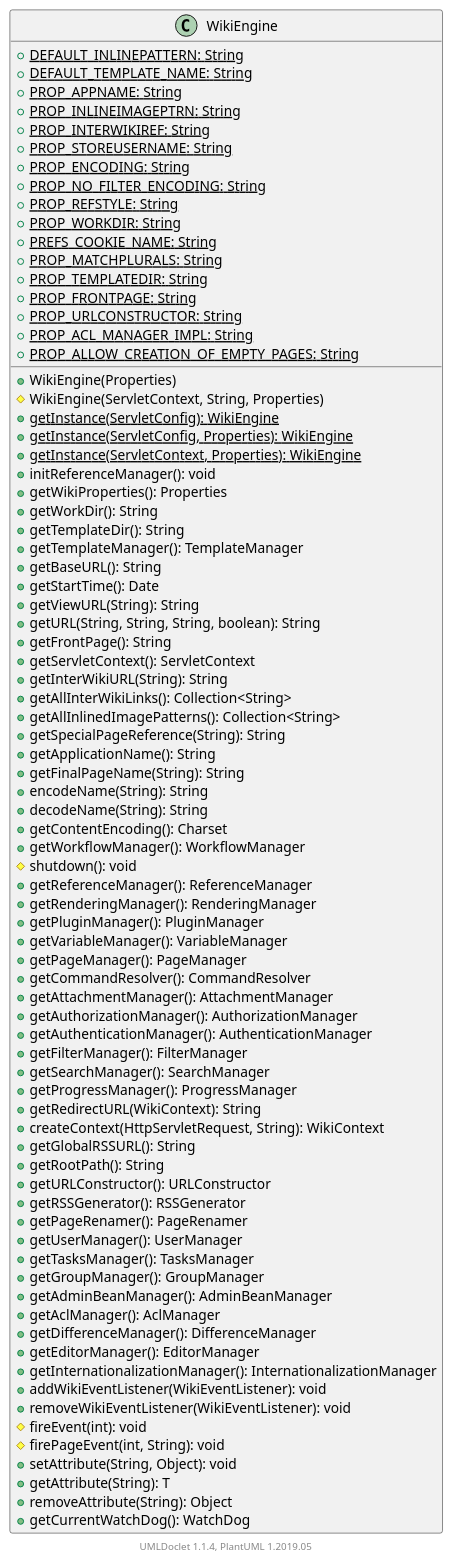
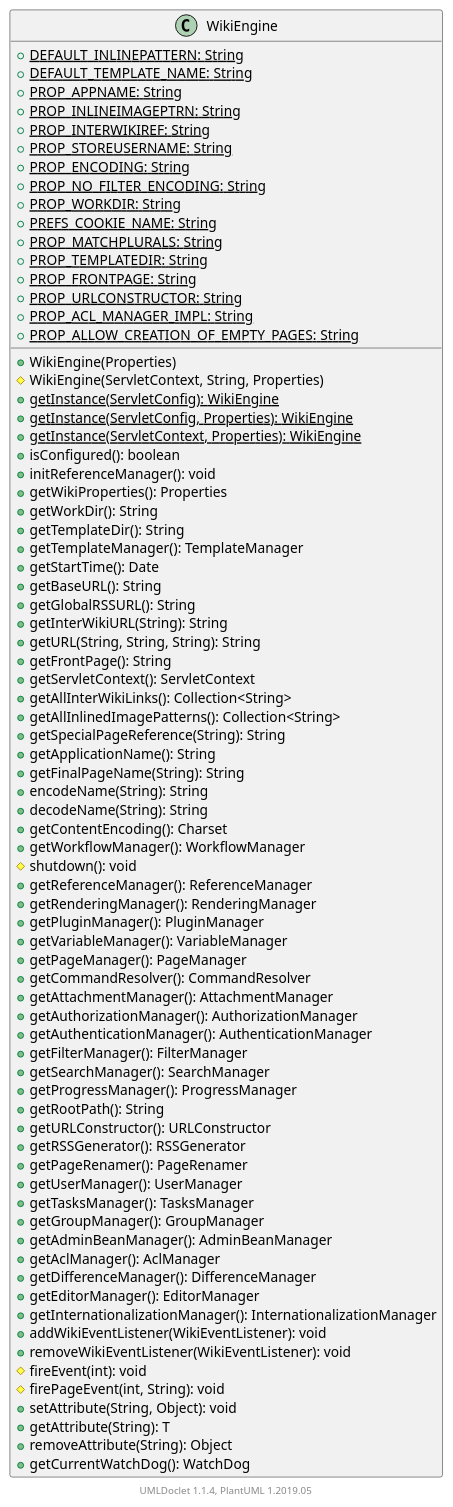
Before and after one commit to apache/jspwiki-site: the diagram in apidocs/2.11.0.M7-SNAPSHOT/org/apache/wiki/WikiEngine.puml, drawn with PlantUML. The commit also changed 1701 other files, not shown here.

```diff
--- a/apidocs/2.11.0.M7-SNAPSHOT/org/apache/wiki/WikiEngine.puml
+++ b/apidocs/2.11.0.M7-SNAPSHOT/org/apache/wiki/WikiEngine.puml
@@ -1,87 +1,84 @@
 @startuml
 
     class WikiEngine [[WikiEngine.html]] {
         {static} +DEFAULT_INLINEPATTERN: String
         {static} +DEFAULT_TEMPLATE_NAME: String
         {static} +PROP_APPNAME: String
         {static} +PROP_INLINEIMAGEPTRN: String
         {static} +PROP_INTERWIKIREF: String
         {static} +PROP_STOREUSERNAME: String
         {static} +PROP_ENCODING: String
         {static} +PROP_NO_FILTER_ENCODING: String
-        {static} +PROP_REFSTYLE: String
         {static} +PROP_WORKDIR: String
         {static} +PREFS_COOKIE_NAME: String
         {static} +PROP_MATCHPLURALS: String
         {static} +PROP_TEMPLATEDIR: String
         {static} +PROP_FRONTPAGE: String
         {static} +PROP_URLCONSTRUCTOR: String
         {static} +PROP_ACL_MANAGER_IMPL: String
         {static} +PROP_ALLOW_CREATION_OF_EMPTY_PAGES: String
         +WikiEngine(Properties)
         #WikiEngine(ServletContext, String, Properties)
         {static} +getInstance(ServletConfig): WikiEngine
         {static} +getInstance(ServletConfig, Properties): WikiEngine
         {static} +getInstance(ServletContext, Properties): WikiEngine
+        +isConfigured(): boolean
         +initReferenceManager(): void
         +getWikiProperties(): Properties
         +getWorkDir(): String
         +getTemplateDir(): String
         +getTemplateManager(): TemplateManager
+        +getStartTime(): Date
         +getBaseURL(): String
-        +getStartTime(): Date
-        +getViewURL(String): String
-        +getURL(String, String, String, boolean): String
+        +getGlobalRSSURL(): String
+        +getInterWikiURL(String): String
+        +getURL(String, String, String): String
         +getFrontPage(): String
         +getServletContext(): ServletContext
-        +getInterWikiURL(String): String
         +getAllInterWikiLinks(): Collection<String>
         +getAllInlinedImagePatterns(): Collection<String>
         +getSpecialPageReference(String): String
         +getApplicationName(): String
         +getFinalPageName(String): String
         +encodeName(String): String
         +decodeName(String): String
         +getContentEncoding(): Charset
         +getWorkflowManager(): WorkflowManager
         #shutdown(): void
         +getReferenceManager(): ReferenceManager
         +getRenderingManager(): RenderingManager
         +getPluginManager(): PluginManager
         +getVariableManager(): VariableManager
         +getPageManager(): PageManager
         +getCommandResolver(): CommandResolver
         +getAttachmentManager(): AttachmentManager
         +getAuthorizationManager(): AuthorizationManager
         +getAuthenticationManager(): AuthenticationManager
         +getFilterManager(): FilterManager
         +getSearchManager(): SearchManager
         +getProgressManager(): ProgressManager
-        +getRedirectURL(WikiContext): String
-        +createContext(HttpServletRequest, String): WikiContext
-        +getGlobalRSSURL(): String
         +getRootPath(): String
         +getURLConstructor(): URLConstructor
         +getRSSGenerator(): RSSGenerator
         +getPageRenamer(): PageRenamer
         +getUserManager(): UserManager
         +getTasksManager(): TasksManager
         +getGroupManager(): GroupManager
         +getAdminBeanManager(): AdminBeanManager
         +getAclManager(): AclManager
         +getDifferenceManager(): DifferenceManager
         +getEditorManager(): EditorManager
         +getInternationalizationManager(): InternationalizationManager
         +addWikiEventListener(WikiEventListener): void
         +removeWikiEventListener(WikiEventListener): void
         #fireEvent(int): void
         #firePageEvent(int, String): void
         +setAttribute(String, Object): void
         +getAttribute(String): T
         +removeAttribute(String): Object
         +getCurrentWatchDog(): WatchDog
     }
 
 
     center footer UMLDoclet 1.1.4, PlantUML 1.2019.05
 @enduml
```
